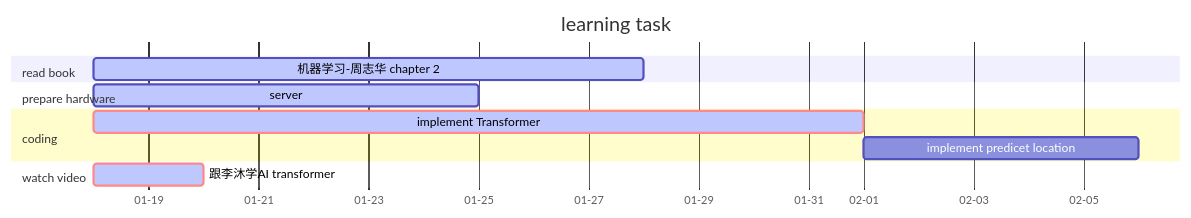
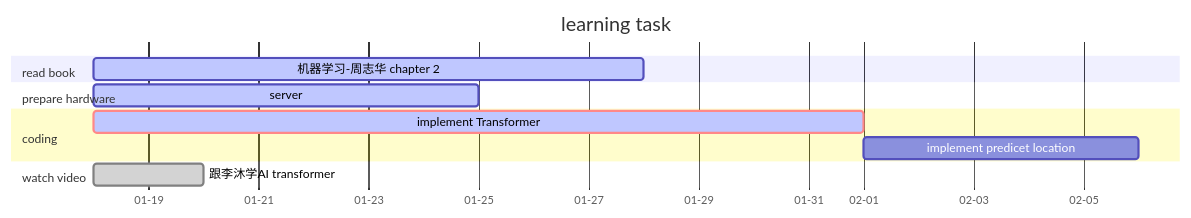
The diagram in README.md (youareeverysingleday/MachineLearningAssignments), drawn with Mermaid before and after one commit. The commit also changed other lines of this file and 1 other file, not shown here.

Commit message:
completed the reading of Transformer on 20220120.

````diff
--- a/README.md
+++ b/README.md
@@ -123,20 +123,20 @@
 ```mermaid
 gantt
     title learning task
     dateFormat YYYY-MM-DD
     %% (`excludes` accepts specific dates in YYYY-MM-DD format, days of the week ("sunday") or "weekends", but not the word "weekdays".)
     axisFormat %m-%d
 
     section read book
     机器学习-周志华 chapter 2 :active, r1, 2022-01-18, 10d
 
     section prepare hardware
     server: active, ph1, 2022-01-18,7d
 
     section coding
     implement Transformer :crit, active, c1, 2022-01-18 , 14d
     implement predicet location: after c1,5d
 
     section watch video
-    跟李沐学AI transformer: crit, active, w1, 2022-01-18, 2d
+    跟李沐学AI transformer:done, w1, 2022-01-18, 2d
 ```
````
